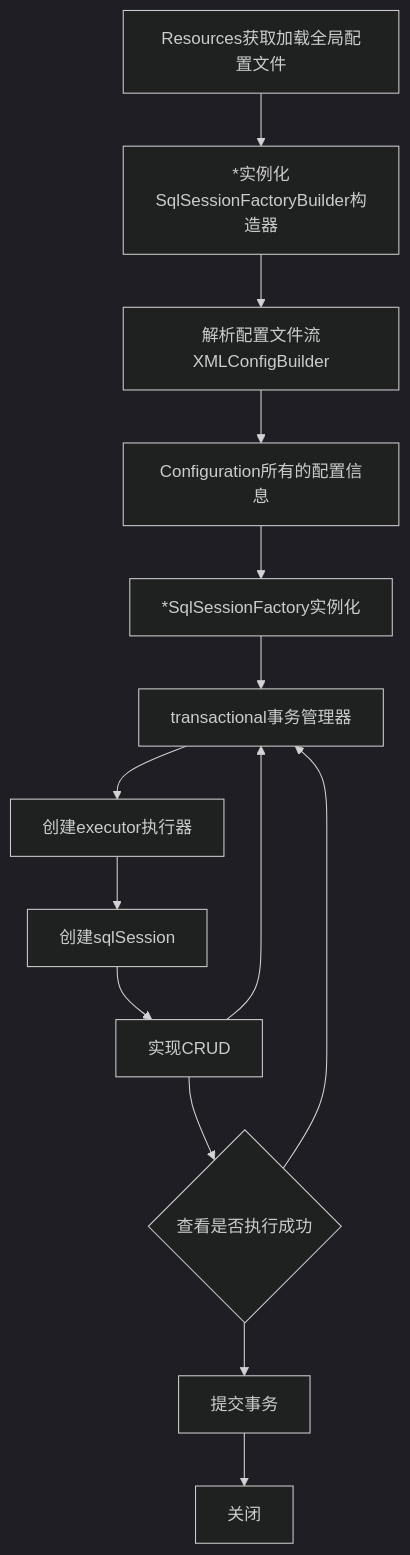
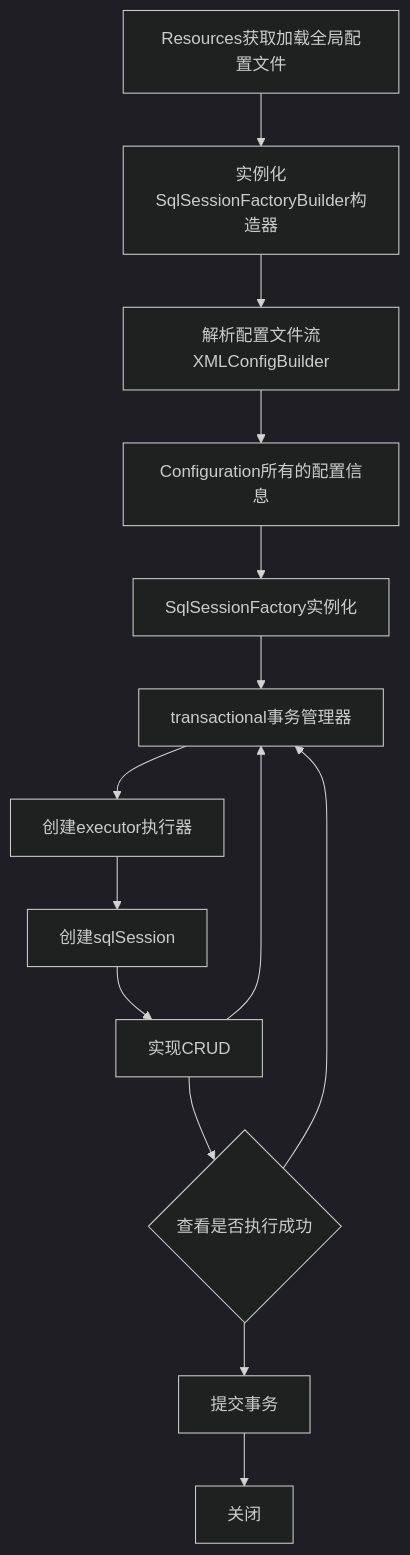
One commit to Huxzhi/Mybatis-Study changed the diagram in docs/Mybatis课堂记录.md. Above: the diagram before and after it, drawn with Mermaid (dark theme). The commit also changed other lines of this file, not shown here.

Commit message:
[fix]mermaid渲染错误

````diff
--- a/docs/Mybatis课堂记录.md
+++ b/docs/Mybatis课堂记录.md
@@ -1112,17 +1112,17 @@
 ```mermaid
 graph TB
-%% * 表示可见
-Resources获取加载全局配置文件 -->
-*实例化SqlSessionFactoryBuilder构造器 -->
-解析配置文件流XMLConfigBuilder -->
-Configuration所有的配置信息 -->
-*SqlSessionFactory实例化 -->
-transactional事务管理器 --> 
-创建executor执行器 -->
-创建sqlSession -->
-实现CRUD --> transactional事务管理器
-实现CRUD --> A
-A{查看是否执行成功} --> transactional事务管理器
-A --> 提交事务 -->
-关闭
+%%渲染错误，需要插件支持，前往https://github.com/BackMarket/github-mermaid-extension下载插件
+    Resources获取加载全局配置文件 -->
+    实例化SqlSessionFactoryBuilder构造器 -->
+    解析配置文件流XMLConfigBuilder -->
+    Configuration所有的配置信息 -->
+    SqlSessionFactory实例化 -->
+    transactional事务管理器 --> 
+    创建executor执行器 -->
+    创建sqlSession -->
+    实现CRUD --> transactional事务管理器
+    实现CRUD --> A
+    A{查看是否执行成功} --> transactional事务管理器
+    A --> 提交事务 -->
+    关闭
 ```
````
